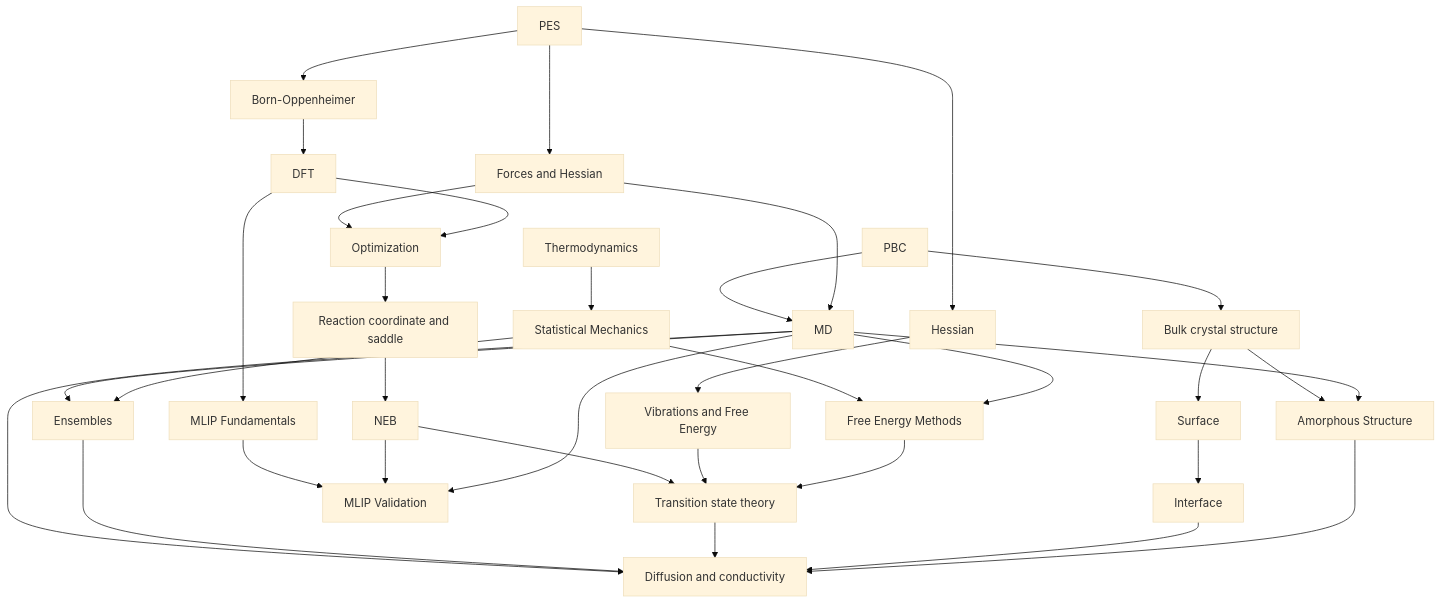
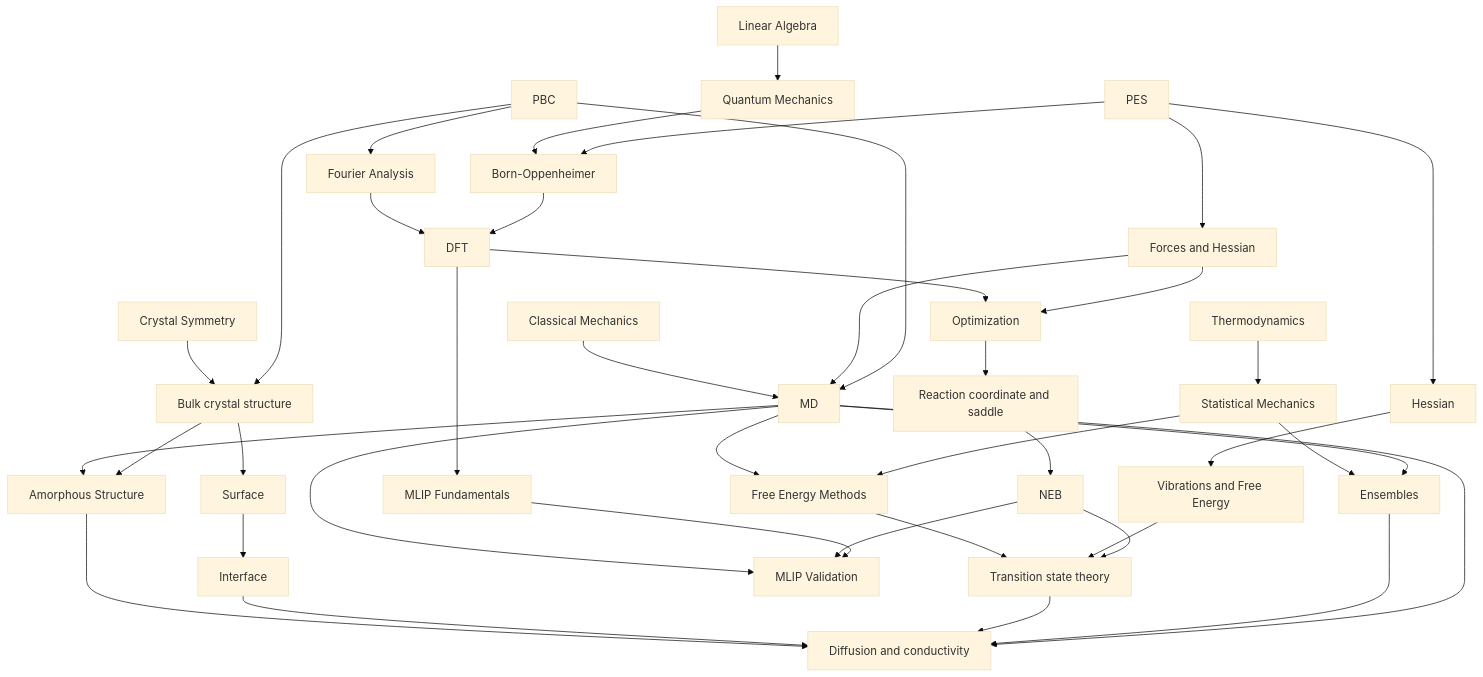
Before and after one commit to Long-Brian-Yang/blog: the diagram in research/computational-materials/README.md, drawn with Mermaid (base theme). The commit also changed other lines of this file, not shown here.

Commit message:
docs: add quantum foundation and eight-topic prerequisite roadmap

````diff
--- a/research/computational-materials/README.md
+++ b/research/computational-materials/README.md
@@ -36,36 +39,42 @@
 ```mermaid
 flowchart TD
     PES[PES] --> F[Forces and Hessian]
     PES --> BO[Born-Oppenheimer]
     PBC[PBC] --> BULK[Bulk crystal structure]
     BO --> DFT[DFT]
     F --> OPT[Optimization]
     DFT --> OPT
     OPT --> RC[Reaction coordinate and saddle]
     RC --> NEB[NEB]
     NEB --> TST[Transition state theory]
     PBC --> MD[MD]
     F --> MD
     MD --> ENS[Ensembles]
     MD --> DIFF[Diffusion and conductivity]
     ENS --> DIFF
     TST --> DIFF
     BULK --> SURF[Surface]
     SURF --> INT[Interface]
     INT --> DIFF
     FORCE2[Hessian] --> VIB[Vibrations and Free Energy]
     PES --> FORCE2
     VIB --> TST
     DFT --> MLIP[MLIP Fundamentals]
     MLIP --> VALID[MLIP Validation]
     NEB --> VALID
     MD --> VALID
     BULK --> AMORPH[Amorphous Structure]
     MD --> AMORPH
     AMORPH --> DIFF
+    LA[Linear Algebra] --> QM[Quantum Mechanics]
+    QM --> BO
+    SYM[Crystal Symmetry] --> BULK
+    FT[Fourier Analysis] --> DFT
+    PBC --> FT
+    CM[Classical Mechanics] --> MD
     TH[Thermodynamics] --> SM[Statistical Mechanics]
     SM --> ENS
     SM --> FE[Free Energy Methods]
     MD --> FE
     FE --> TST
 ```
````
